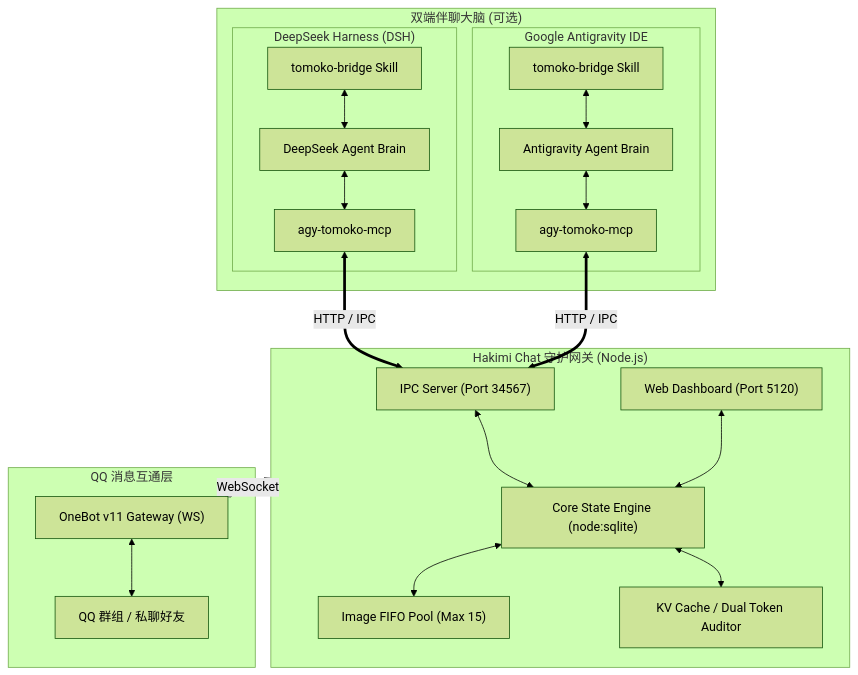
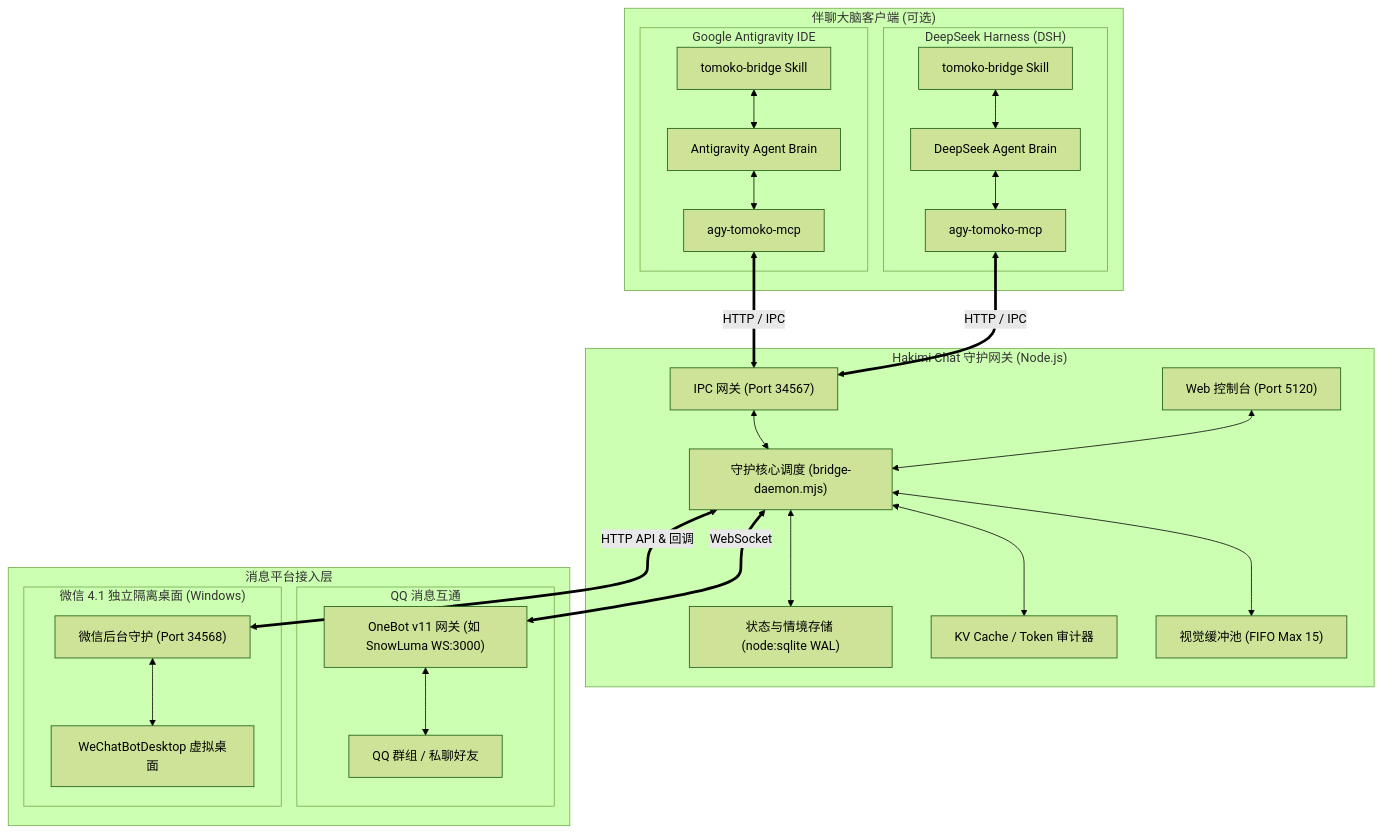
The diagram in README.md (M-Crowe/hakimi-chat), drawn with Mermaid (forest theme) before and after one commit. The commit also changed other lines of this file, not shown here.

Commit message:
docs: rewrite README.md with concise architecture and updated guides

````diff
--- a/README.md
+++ b/README.md
@@ -50,42 +17,53 @@
 ```mermaid
 flowchart TD
-    subgraph Brains ["双端伴聊大脑 (可选)"]
+    subgraph Brains ["伴聊大脑客户端 (可选)"]
         subgraph Antigravity ["Google Antigravity IDE"]
-            Skill["tomoko-bridge Skill"]
+            SkillAgy["tomoko-bridge Skill"]
             MCPAgy["agy-tomoko-mcp"]
             AgentAgy["Antigravity Agent Brain"]
-            Skill <--> AgentAgy
+            SkillAgy <--> AgentAgy
             AgentAgy <--> MCPAgy
         end
         subgraph DSH ["DeepSeek Harness (DSH)"]
-            Preset["tomoko-bridge Skill"]
+            SkillDsh["tomoko-bridge Skill"]
             MCPDsh["agy-tomoko-mcp"]
             AgentDsh["DeepSeek Agent Brain"]
-            Preset <--> AgentDsh
+            SkillDsh <--> AgentDsh
             AgentDsh <--> MCPDsh
         end
     end
 
     subgraph HakimiCore ["Hakimi Chat 守护网关 (Node.js)"]
-        IPC["IPC Server (Port 34567)"]
-        WebUI["Web Dashboard (Port 5120)"]
-        Engine["Core State Engine (node:sqlite)"]
-        Cache["KV Cache / Dual Token Auditor"]
-        Visual["Image FIFO Pool (Max 15)"]
-        
-        IPC <--> Engine
-        WebUI <--> Engine
-        Engine <--> Cache
-        Engine <--> Visual
+        Daemon["守护核心调度 (bridge-daemon.mjs)"]
+        IPC["IPC 网关 (Port 34567)"]
+        WebUI["Web 控制台 (Port 5120)"]
+        Engine["状态与情境存储 (node:sqlite WAL)"]
+        Auditor["KV Cache / Token 审计器"]
+        Visual["视觉缓冲池 (FIFO Max 15)"]
+
+        IPC <--> Daemon
+        WebUI <--> Daemon
+        Daemon <--> Engine
+        Daemon <--> Auditor
+        Daemon <--> Visual
     end
 
-    subgraph QQNetwork ["QQ 消息互通层"]
-        OneBot["OneBot v11 Gateway (WS)"]
-        QQUsers["QQ 群组 / 私聊好友"]
-        OneBot <--> QQUsers
+    subgraph Platforms ["消息平台接入层"]
+        subgraph QQPlatform ["QQ 消息互通"]
+            OneBot["OneBot v11 网关 (如 SnowLuma WS:3000)"]
+            QQUsers["QQ 群组 / 私聊好友"]
+            OneBot <--> QQUsers
+        end
+
+        subgraph WeChatPlatform ["微信 4.1 独立隔离桌面 (Windows)"]
+            WeChatPy["微信后台守护 (Port 34568)"]
+            WeChatApp["WeChatBotDesktop 虚拟桌面"]
+            WeChatPy <--> WeChatApp
+        end
     end
 
     MCPAgy <==>|"HTTP / IPC"| IPC
     MCPDsh <==>|"HTTP / IPC"| IPC
-    HakimiCore <==>|"WebSocket"| OneBot
+    Daemon <==>|"WebSocket"| OneBot
+    Daemon <==>|"HTTP API & 回调"| WeChatPy
 ```
````
